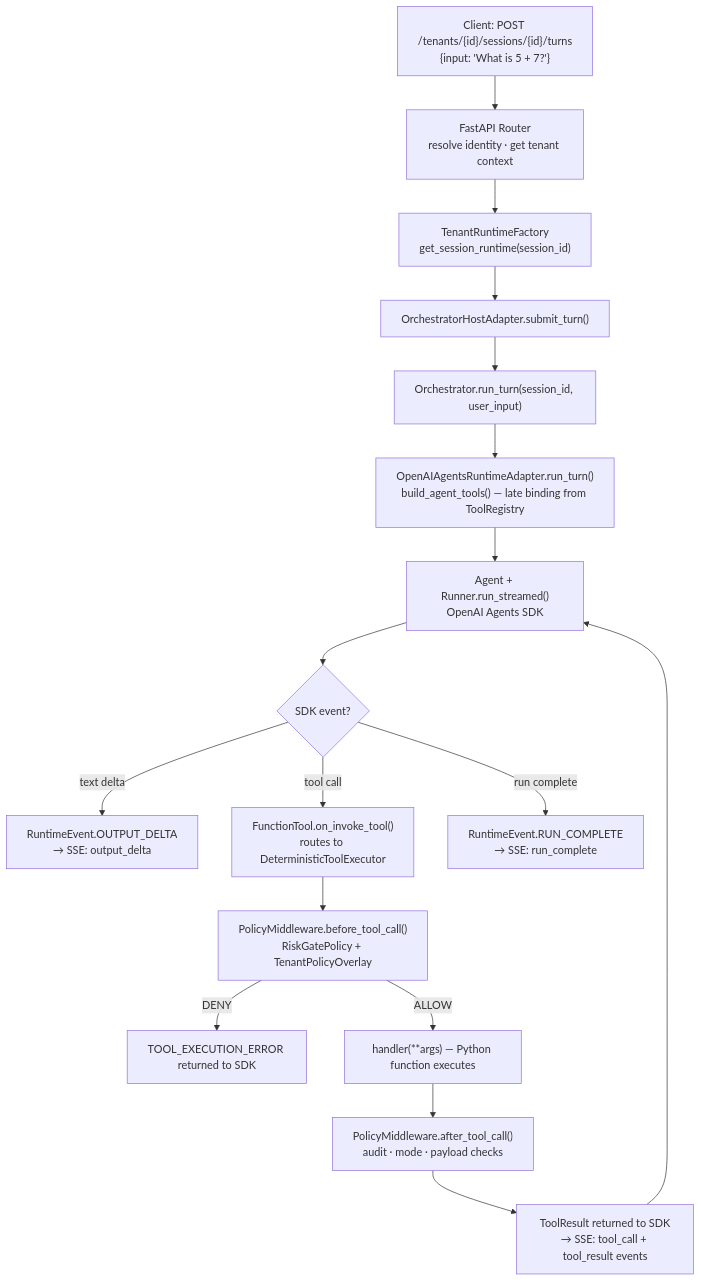
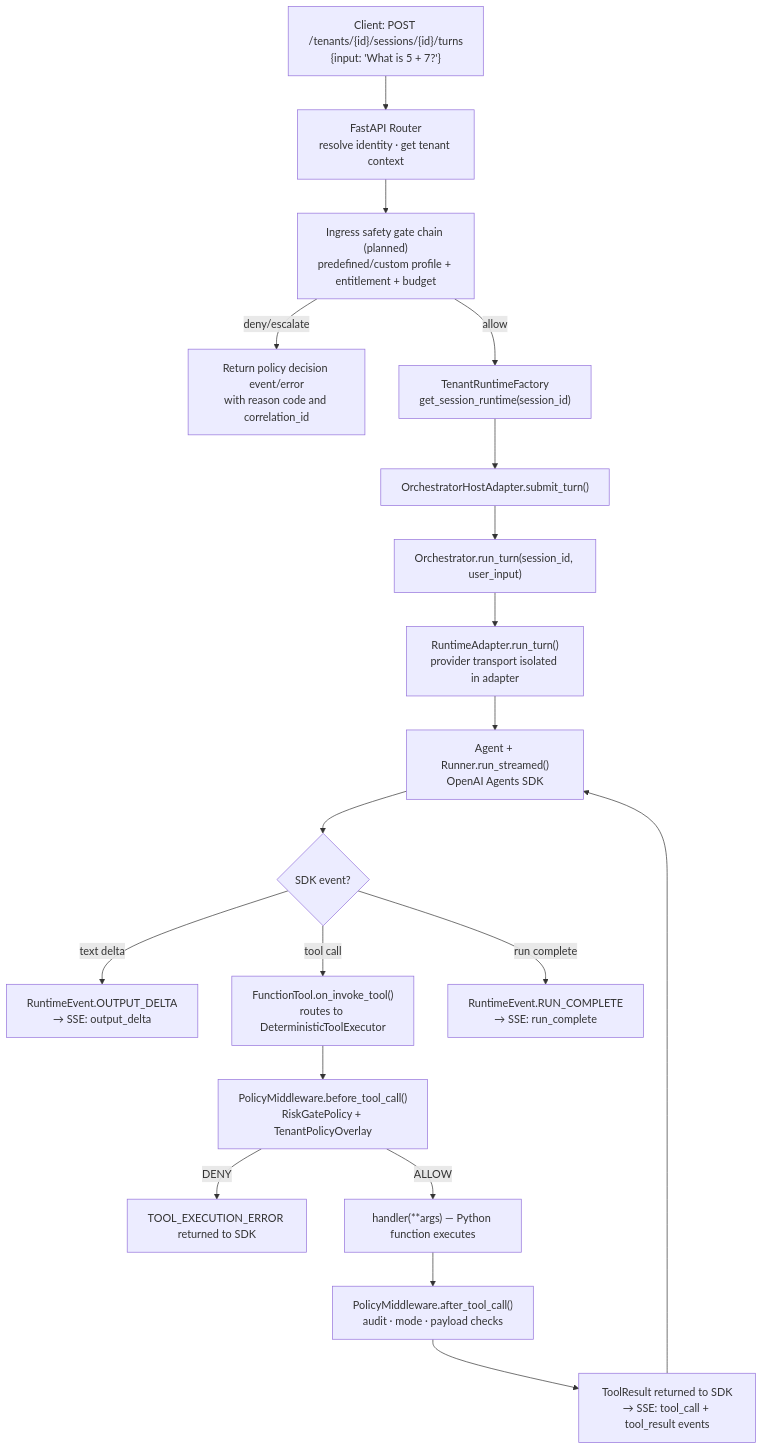
One commit to SavinRazvan/eXo-brain changed the second of 6 diagrams in README.md. Above: the diagram before and after it, drawn with Mermaid. The commit also changed other lines of this file and 9 other files, not shown here.

First line of the commit message:
docs(strategy): align governance ingress roadmap and onboarding docs

````diff
--- a/README.md
+++ b/README.md
@@ -239,19 +272,21 @@
 ```mermaid
 flowchart TD
     A["Client: POST /tenants/{id}/sessions/{id}/turns\n{input: 'What is 5 + 7?'}"] --> B["FastAPI Router\nresolve identity · get tenant context"]
-    B --> C["TenantRuntimeFactory\nget_session_runtime(session_id)"]
+    B --> B1["Ingress safety gate chain (planned)\npredefined/custom profile + entitlement + budget"]
+    B1 -->|deny/escalate| B2["Return policy decision event/error\nwith reason code and correlation_id"]
+    B1 -->|allow| C["TenantRuntimeFactory\nget_session_runtime(session_id)"]
     C --> D["OrchestratorHostAdapter.submit_turn()"]
     D --> E["Orchestrator.run_turn(session_id, user_input)"]
-    E --> F["OpenAIAgentsRuntimeAdapter.run_turn()\nbuild_agent_tools() — late binding from ToolRegistry"]
+    E --> F["RuntimeAdapter.run_turn()\nprovider transport isolated in adapter"]
     F --> G["Agent + Runner.run_streamed()\nOpenAI Agents SDK"]
     G --> H{SDK event?}
     H -->|text delta| I["RuntimeEvent.OUTPUT_DELTA\n→ SSE: output_delta"]
     H -->|tool call| J["FunctionTool.on_invoke_tool()\nroutes to DeterministicToolExecutor"]
     J --> K["PolicyMiddleware.before_tool_call()\nRiskGatePolicy + TenantPolicyOverlay"]
     K -->|DENY| L["TOOL_EXECUTION_ERROR returned to SDK"]
     K -->|ALLOW| M["handler(**args) — Python function executes"]
     M --> N["PolicyMiddleware.after_tool_call()\naudit · mode · payload checks"]
     N --> O["ToolResult returned to SDK\n→ SSE: tool_call + tool_result events"]
     O --> G
     H -->|run complete| P["RuntimeEvent.RUN_COMPLETE\n→ SSE: run_complete"]
 ```
````
